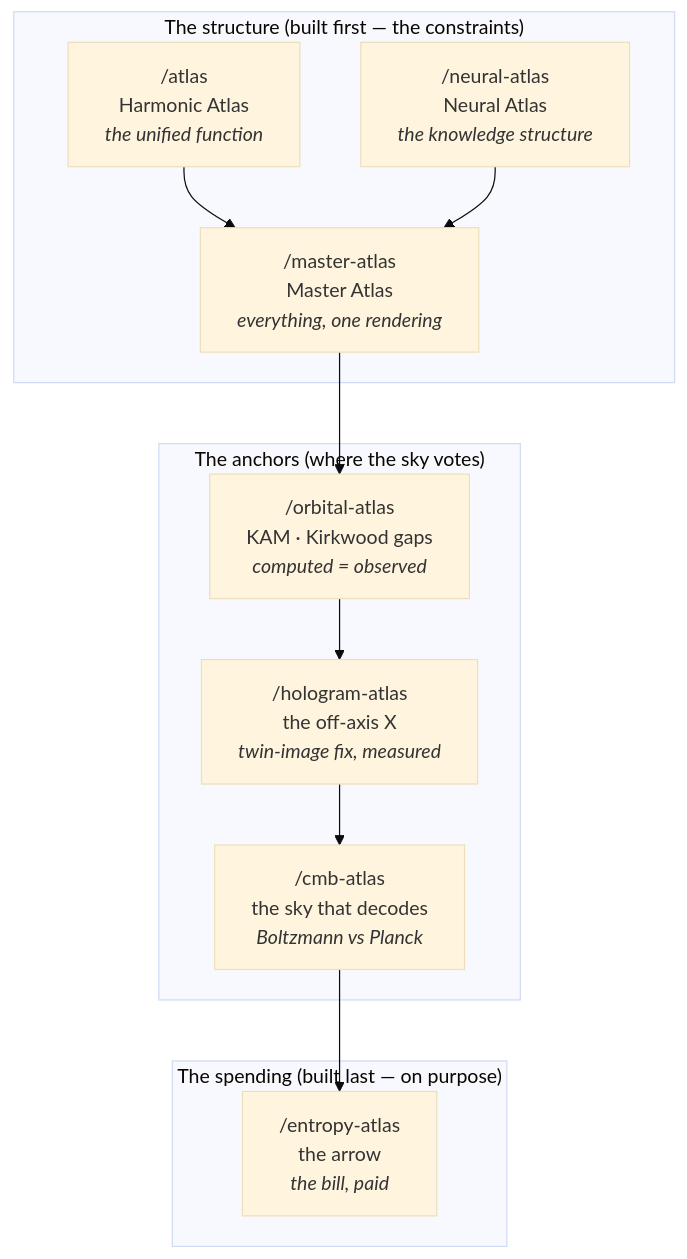
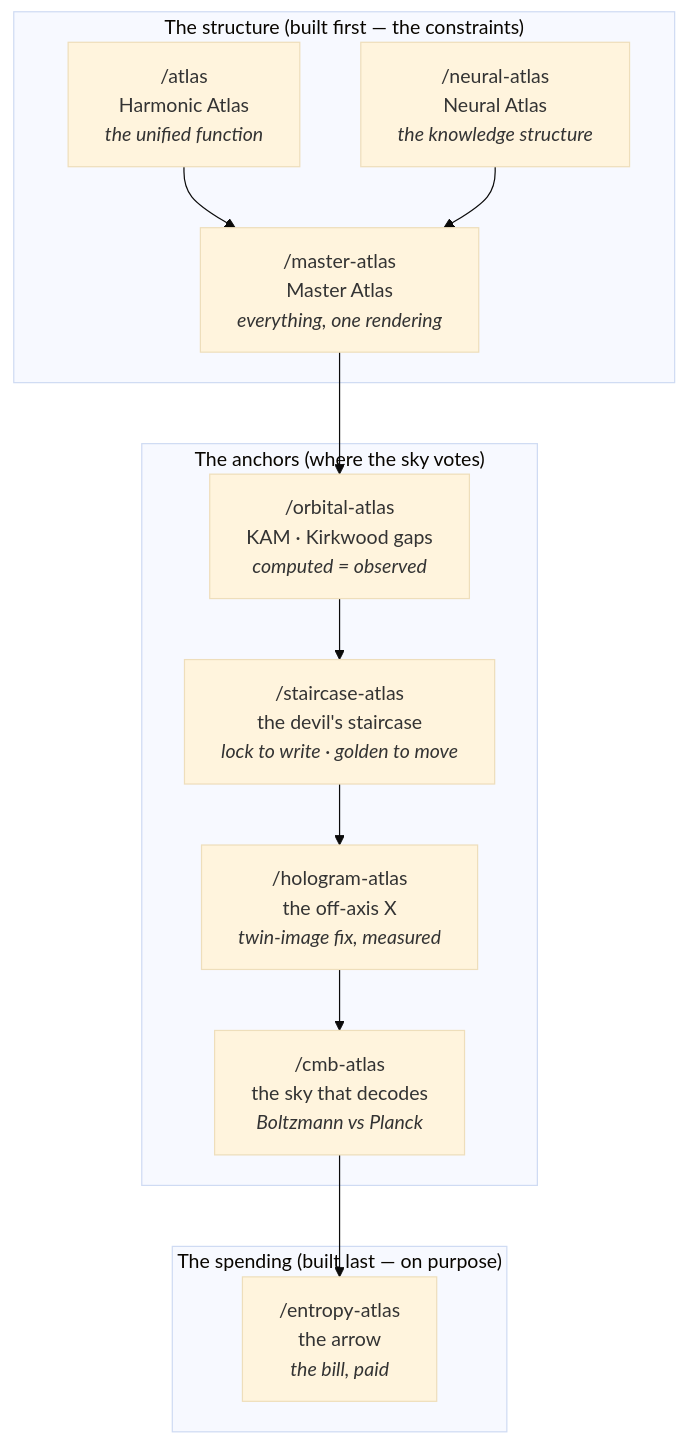
The diagram in docs/ATLAS.md (sbarteau2022/EthicalIntelligenceProject), drawn with Mermaid (base theme) before and after one commit. The commit also changed other lines of this file and 3 other files, not shown here.

````diff
--- a/docs/ATLAS.md
+++ b/docs/ATLAS.md
@@ -19,19 +19,20 @@
 ```mermaid
 flowchart TD
     subgraph GEOMETRY["The structure (built first — the constraints)"]
         A["/atlas<br/>Harmonic Atlas<br/><i>the unified function</i>"]
         N["/neural-atlas<br/>Neural Atlas<br/><i>the knowledge structure</i>"]
         M["/master-atlas<br/>Master Atlas<br/><i>everything, one rendering</i>"]
         A --> M
         N --> M
     end
     subgraph ANCHORS["The anchors (where the sky votes)"]
         O["/orbital-atlas<br/>KAM · Kirkwood gaps<br/><i>computed = observed</i>"]
+        S["/staircase-atlas<br/>the devil's staircase<br/><i>lock to write · golden to move</i>"]
         H["/hologram-atlas<br/>the off-axis X<br/><i>twin-image fix, measured</i>"]
         C["/cmb-atlas<br/>the sky that decodes<br/><i>Boltzmann vs Planck</i>"]
     end
     subgraph ARROW["The spending (built last — on purpose)"]
         E["/entropy-atlas<br/>the arrow<br/><i>the bill, paid</i>"]
     end
-    M --> O --> H --> C --> E
+    M --> O --> S --> H --> C --> E
 ```
````
